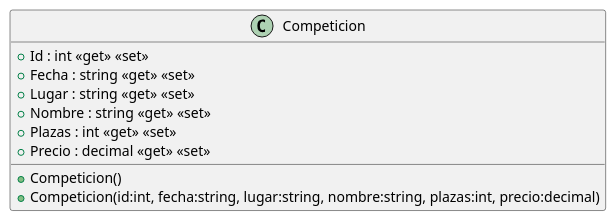
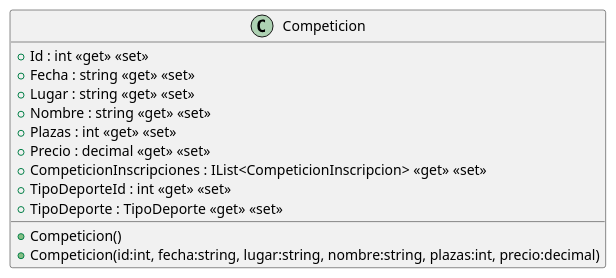
One commit to ISII2627LosIngenieros/ISII2627LosIngenieros changed the diagram in src/AppForSEII.API/ClassDiagram/Competicion.puml. Above: the diagram before and after it, drawn with PlantUML. The commit also changed 14 other files, not shown here.

Commit message:
Se actualizó el diagrama de clases asociado

```diff
--- a/src/AppForSEII.API/ClassDiagram/Competicion.puml
+++ b/src/AppForSEII.API/ClassDiagram/Competicion.puml
@@ -1,12 +1,15 @@
 @startuml
 class Competicion {
     + Competicion()
     + Competicion(id:int, fecha:string, lugar:string, nombre:string, plazas:int, precio:decimal)
     + Id : int <<get>> <<set>>
     + Fecha : string <<get>> <<set>>
     + Lugar : string <<get>> <<set>>
     + Nombre : string <<get>> <<set>>
     + Plazas : int <<get>> <<set>>
     + Precio : decimal <<get>> <<set>>
+    + CompeticionInscripciones : IList<CompeticionInscripcion> <<get>> <<set>>
+    + TipoDeporteId : int <<get>> <<set>>
+    + TipoDeporte : TipoDeporte <<get>> <<set>>
 }
 @enduml
```
